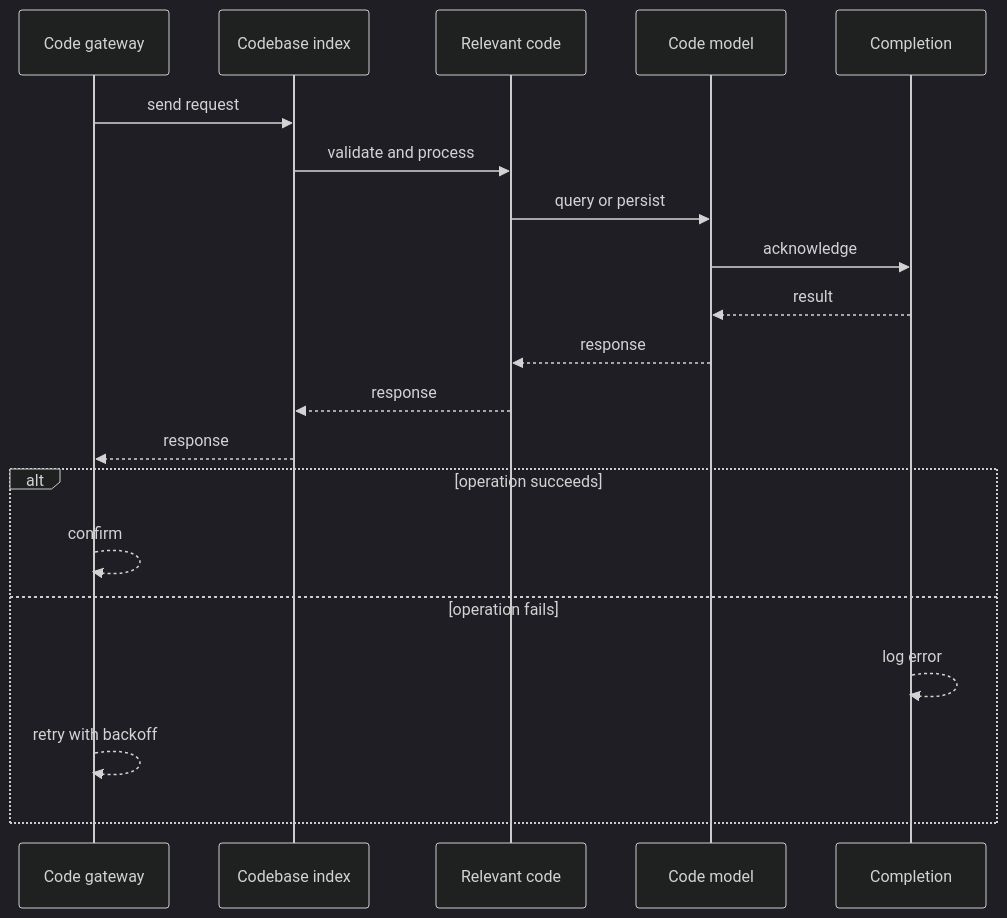
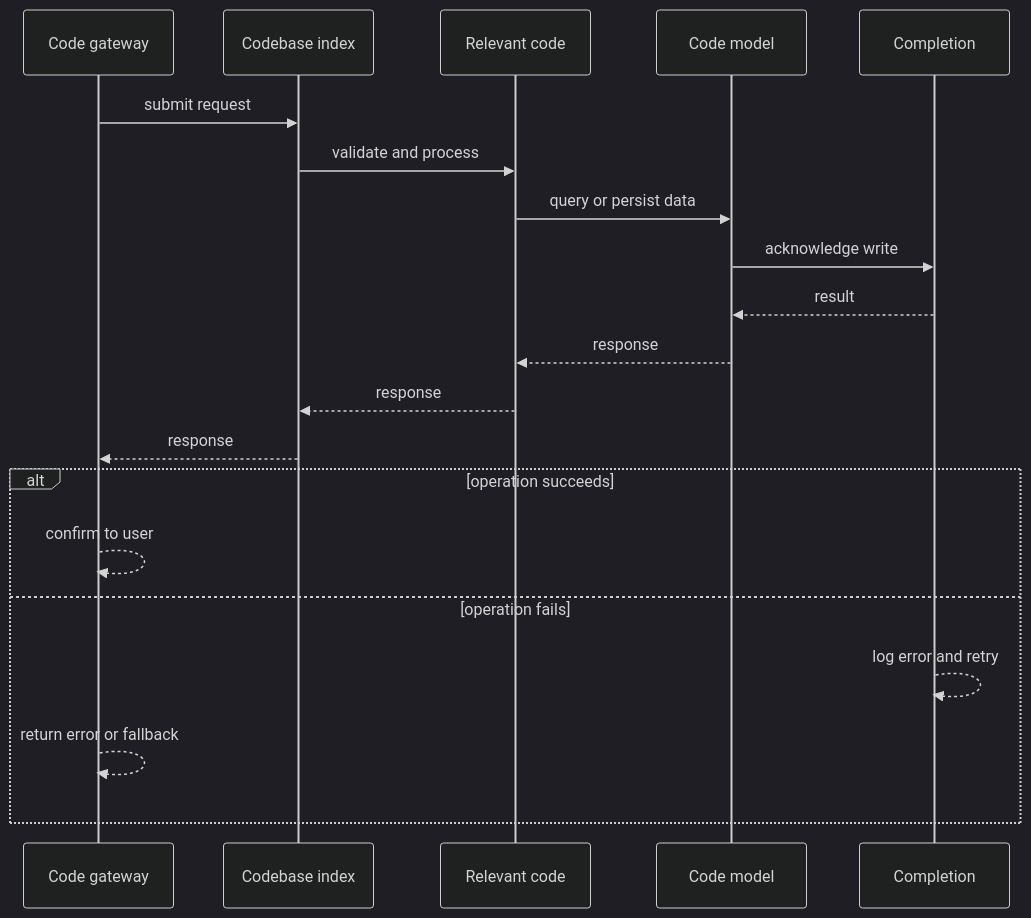
One commit to RIT-MESH/system-design-mastery changed the second of 4 diagrams in case-studies/ai-systems/code-assistant-platform.md. Above: the diagram before and after it, drawn with Mermaid (dark theme). The commit also changed other lines of this file and 127 other files, not shown here.

First line of the commit message:
Improve all case study diagrams: case-specific sequences, fix truncated labels

````diff
--- a/case-studies/ai-systems/code-assistant-platform.md
+++ b/case-studies/ai-systems/code-assistant-platform.md
@@ -76,23 +76,23 @@
 ```mermaid
 %% created-for: system-design-mastery
 sequenceDiagram
-  participant C0 as Code gateway
-  participant C1 as Codebase index
-  participant C2 as Relevant code
-  participant C3 as Code model
-  participant C4 as Completion
-  C0 ->> C1: send request
-  C1 ->> C2: validate and process
-  C2 ->> C3: query or persist
-  C3 ->> C4: acknowledge
-  C4 -->> C3: result
-  C3 -->> C2: response
-  C2 -->> C1: response
-  C1 -->> C0: response
+  participant P0 as Code gateway
+  participant P1 as Codebase index
+  participant P2 as Relevant code
+  participant P3 as Code model
+  participant P4 as Completion
+  P0 ->> P1: submit request
+  P1 ->> P2: validate and process
+  P2 ->> P3: query or persist data
+  P3 ->> P4: acknowledge write
+  P4 -->> P3: result
+  P3 -->> P2: response
+  P2 -->> P1: response
+  P1 -->> P0: response
   alt operation succeeds
-    C0 -->> C0: confirm
+    P0 -->> P0: confirm to user
   else operation fails
-    C4 -->> C4: log error
-    C0 -->> C0: retry with backoff
+    P4 -->> P4: log error and retry
+    P0 -->> P0: return error or fallback
   end
 ```
````
